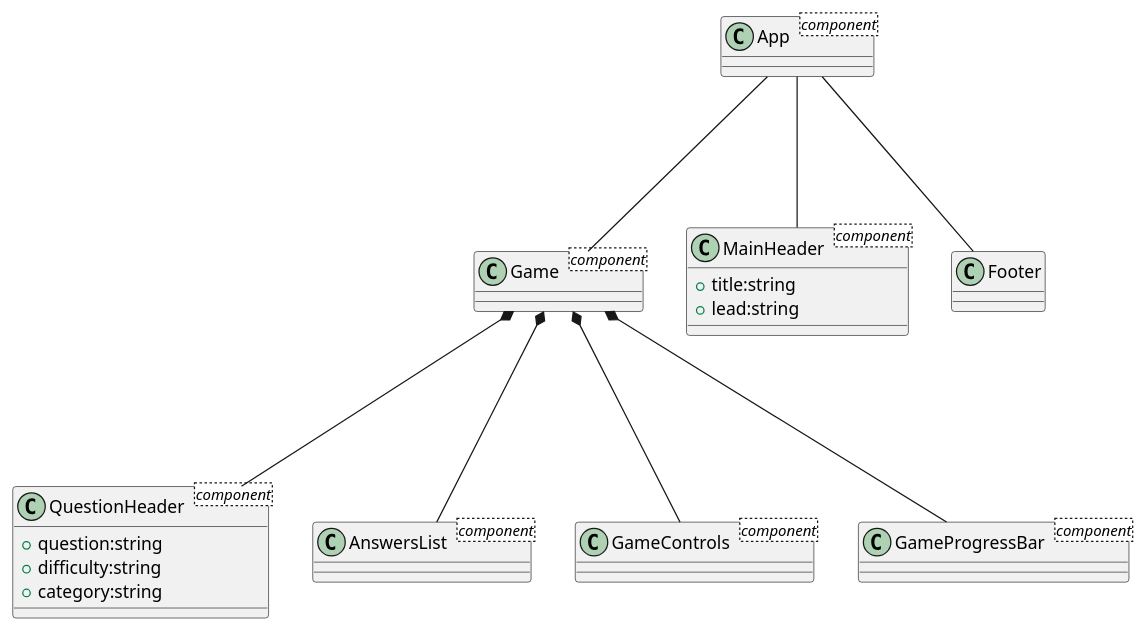
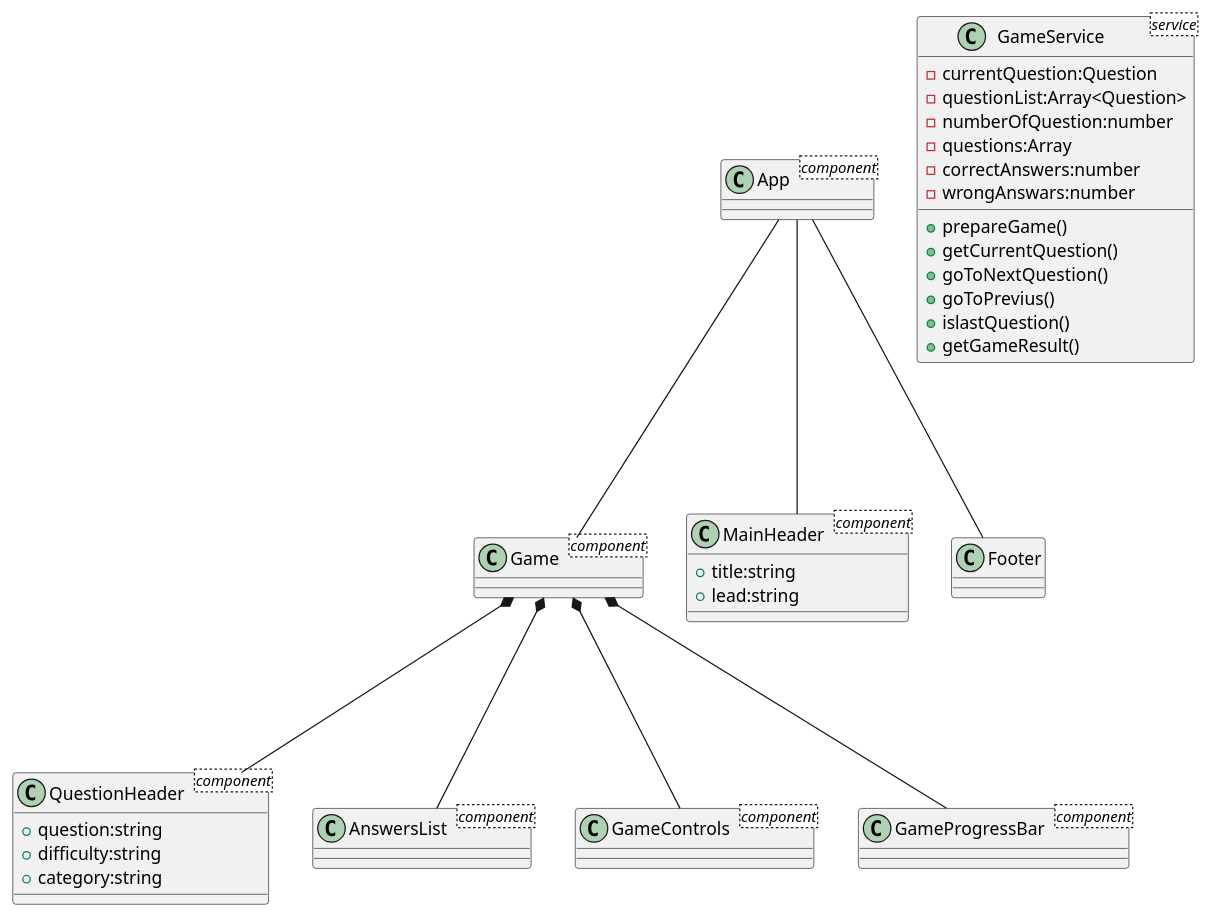
The diagram in __docs__/angular_quiz.component.puml (corsidrive/2020-21-QuizApp-Angular), drawn with PlantUML before and after one commit. The commit also changed 4 other files, not shown here.

```diff
--- a/__docs__/angular_quiz.component.puml
+++ b/__docs__/angular_quiz.component.puml
@@ -1,29 +1,46 @@
 @startuml
 
   App --- Game
   App --- MainHeader
   App --- Footer
 
   Game *--- QuestionHeader 
   Game *--- AnswersList
   Game *--- GameControls
   Game *--- GameProgressBar
 
   class App <component> {}
 
   class MainHeader <component> {
     + title:string
     + lead:string 
   }
 
   class QuestionHeader <component> {
     + question:string
     + difficulty:string
     + category:string
   }
 
+class GameService <service> {
+      - currentQuestion:Question
+      - questionList:Array<Question>
+      - numberOfQuestion:number
+      - questions:Array
+      - correctAnswers:number
+      - wrongAnswars:number
+      ' imposta la partita imposta la pria domanda
+      + prepareGame()
+      + getCurrentQuestion()
+      + goToNextQuestion()
+      + goToPrevius()
+      + islastQuestion()
+      + getGameResult()
+  }
+
+
   class Game <component>
   class GameControls <component>
   class GameProgressBar <component>
   class AnswersList <component>
 @enduml
```
